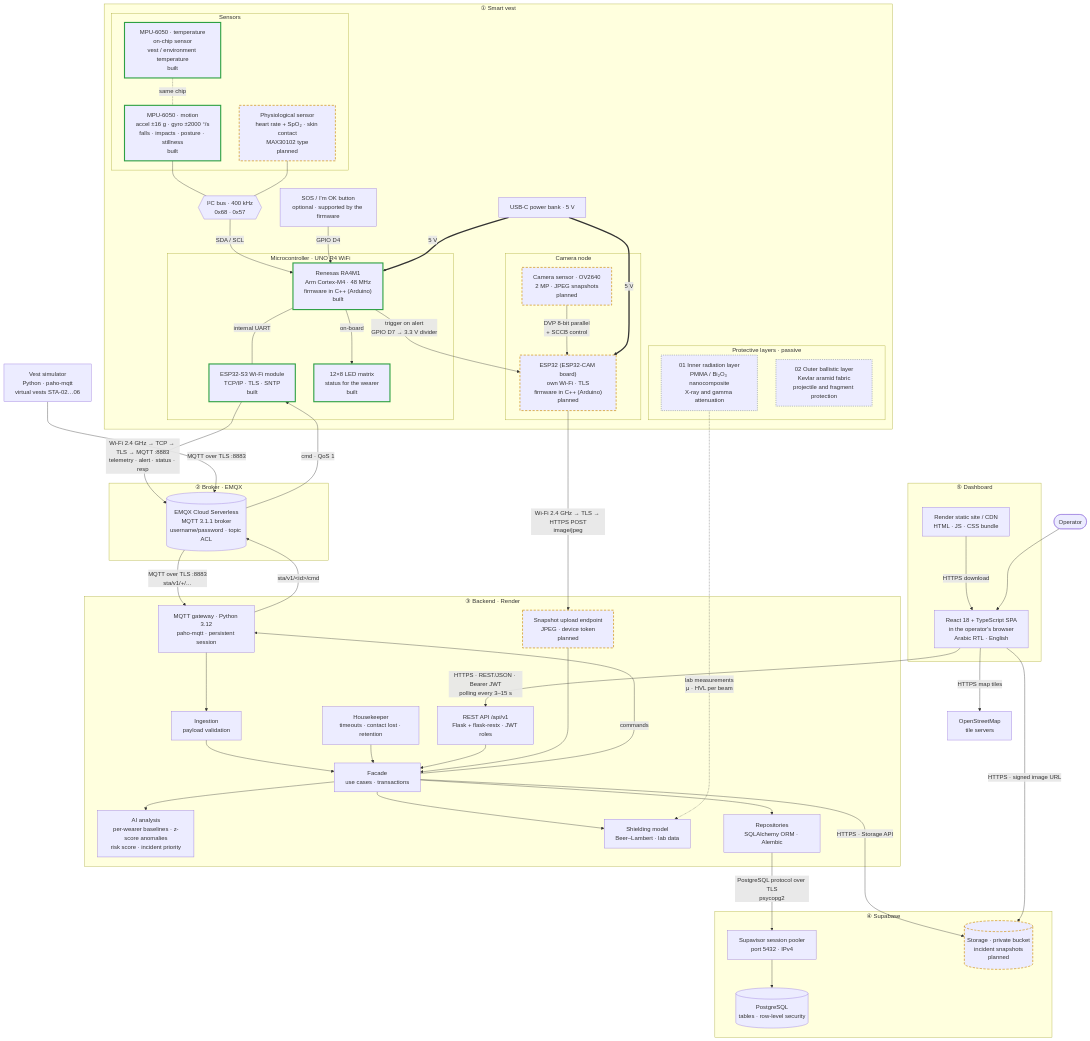
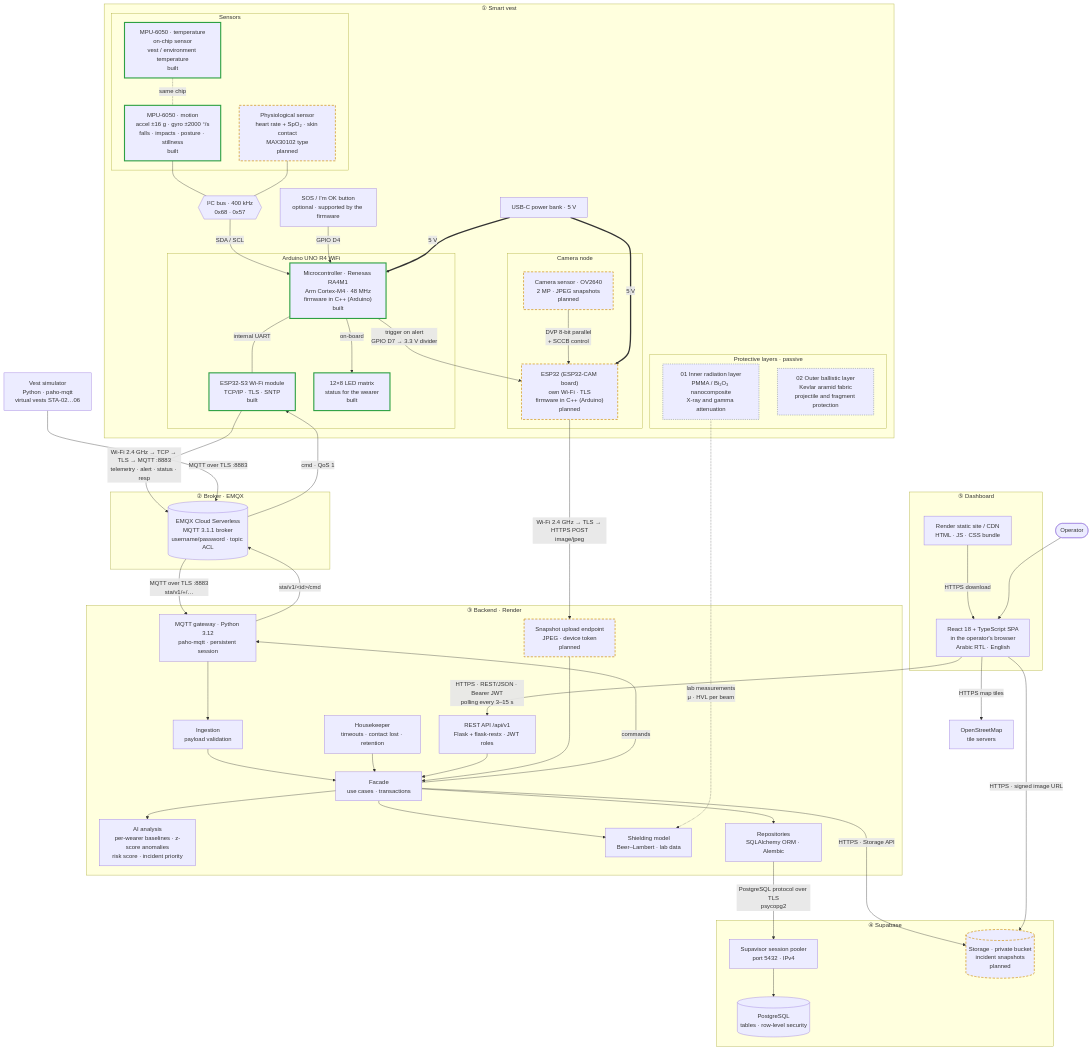
One commit to 0-Mousa-0/SmartTacticalArmor_IoT changed the first of 2 diagrams in docs/10-technical-overview.md. Above: the diagram before and after it, drawn with Mermaid.

Commit message:
docs: fix the clipped controller title in the block diagram
"Microcontroller · UNO R4 WiFi" was cut off by the renderer; the group is
now "Arduino UNO R4 WiFi" and the chip box says "Microcontroller".

```diff
--- a/docs/10-technical-overview.md
+++ b/docs/10-technical-overview.md
@@ -63,8 +63,8 @@
             PPG["Physiological sensor<br/>heart rate + SpO₂ · skin contact<br/>MAX30102 type<br/>planned"]
         end
         BUS{{"I²C bus · 400 kHz<br/>0x68 · 0x57"}}
-        subgraph CTRL["Microcontroller · UNO R4 WiFi"]
-            MCU["Renesas RA4M1<br/>Arm Cortex-M4 · 48 MHz<br/>firmware in C++ (Arduino)<br/>built"]
+        subgraph CTRL["Arduino UNO R4 WiFi"]
+            MCU["Microcontroller · Renesas RA4M1<br/>Arm Cortex-M4 · 48 MHz<br/>firmware in C++ (Arduino)<br/>built"]
             WIFI["ESP32-S3 Wi-Fi module<br/>TCP/IP · TLS · SNTP<br/>built"]
             LED["12×8 LED matrix<br/>status for the wearer<br/>built"]
             MCU -- "internal UART" --- WIFI
```
